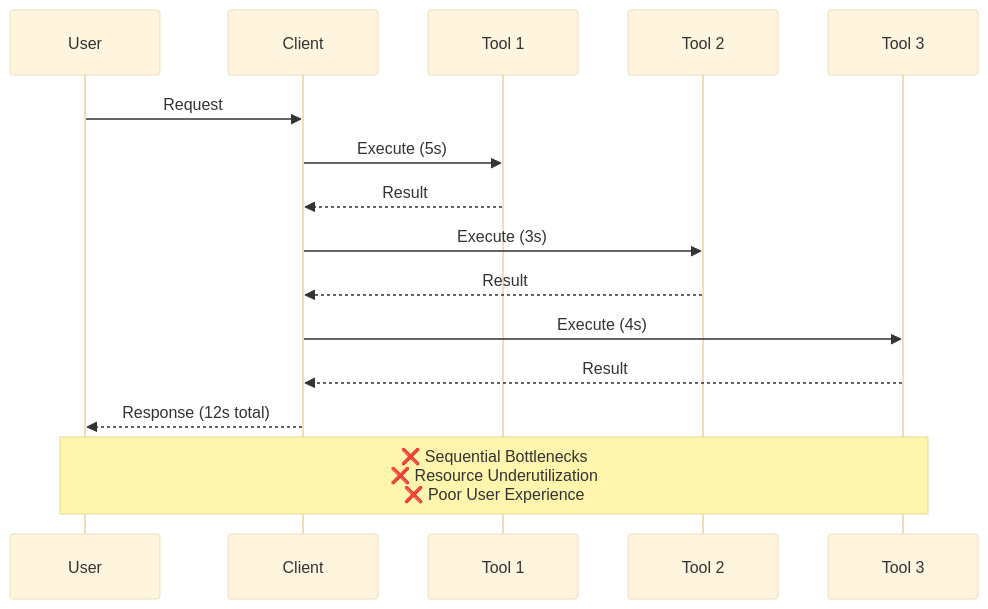
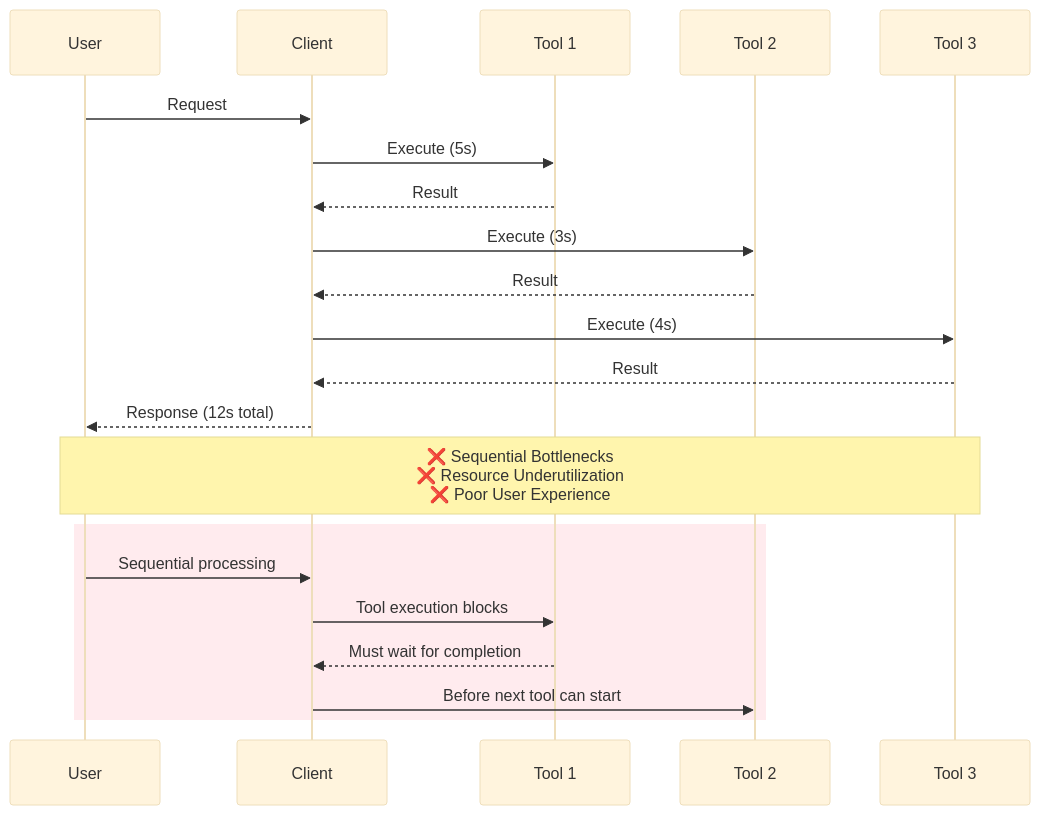
One commit to CodingButter/advanced-mcp-client changed the first of 9 diagrams in README.md. Above: the diagram before and after it, drawn with Mermaid (base theme). The commit also changed other lines of this file, not shown here.

````diff
--- a/README.md
+++ b/README.md
@@ -25,19 +25,26 @@
 ```mermaid
 sequenceDiagram
     participant U as User
     participant C as Client
     participant T1 as Tool 1
     participant T2 as Tool 2
     participant T3 as Tool 3
     
     U->>C: Request
     C->>T1: Execute (5s)
     T1-->>C: Result
     C->>T2: Execute (3s)
     T2-->>C: Result
     C->>T3: Execute (4s)
     T3-->>C: Result
     C-->>U: Response (12s total)
     
     Note over U,T3: ❌ Sequential Bottlenecks<br/>❌ Resource Underutilization<br/>❌ Poor User Experience
+    
+    rect rgb(255, 235, 238)
+        U->>C: Sequential processing
+        C->>T1: Tool execution blocks
+        T1-->>C: Must wait for completion
+        C->>T2: Before next tool can start
+    end
 ```
````
